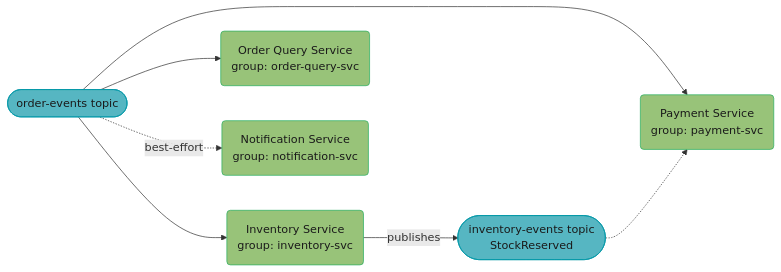
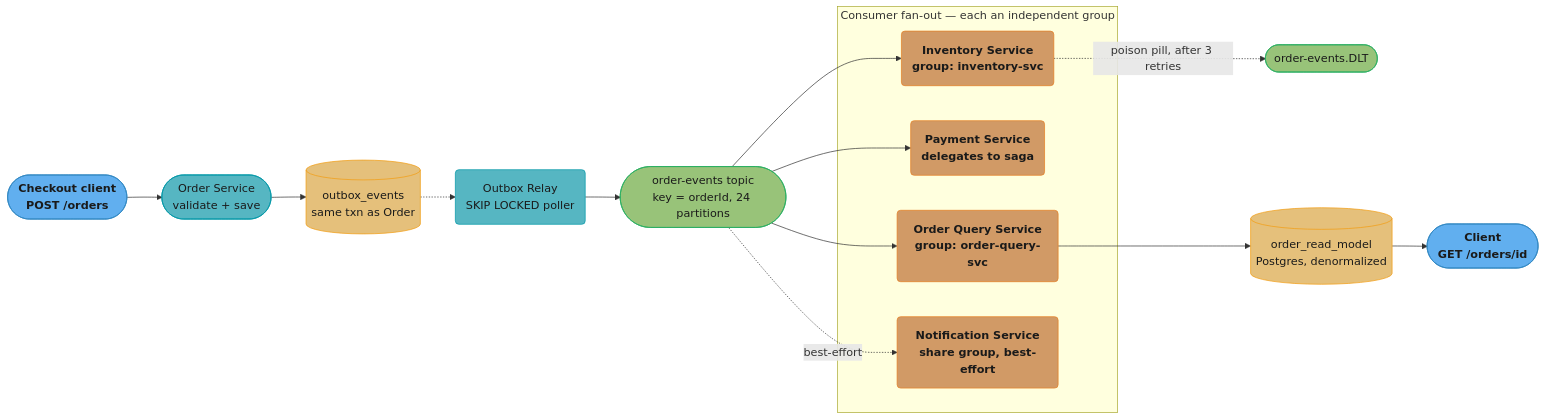
One commit to rppol/system-design changed the first of 5 diagrams in src/main/java/com/rutik/systemdesign/backend/case_studies/design_event_driven_order_system/design_event_driven_order_system.md. Above: the diagram before and after it, drawn with Mermaid. The commit also changed other lines of this file and 466 other files, not shown here.

````diff
--- a/src/main/java/com/rutik/systemdesign/backend/case_studies/design_event_driven_order_system/design_event_driven_order_system.md
+++ b/src/main/java/com/rutik/systemdesign/backend/case_studies/design_event_driven_order_system/design_event_driven_order_system.md
@@ -44,20 +178,42 @@
 ```mermaid
 flowchart LR
     classDef io      fill:#61afef,stroke:#2e86c1,color:#1a1a1a,font-weight:bold
     classDef frozen  fill:#c678dd,stroke:#9b59b6,color:#fff
     classDef train   fill:#98c379,stroke:#27ae60,color:#1a1a1a
     classDef mathOp  fill:#d19a66,stroke:#e67e22,color:#1a1a1a,font-weight:bold
     classDef lossN   fill:#e06c75,stroke:#c0392b,color:#fff,font-weight:bold
     classDef req     fill:#56b6c2,stroke:#0097a7,color:#1a1a1a
     classDef base    fill:#e5c07b,stroke:#f39c12,color:#1a1a1a
 
-    topic(["order-events topic"]) --> inv("Inventory Service<br/>group: inventory-svc")
-    topic --> pay("Payment Service<br/>group: payment-svc")
-    topic --> query("Order Query Service<br/>group: order-query-svc")
-    topic -.->|"best-effort"| notify("Notification Service<br/>group: notification-svc")
-    inv -->|"publishes"| stockTopic(["inventory-events topic<br/>StockReserved"])
-    stockTopic -.-> pay
+    CLI(["Checkout client<br/>POST /orders"])
+    API(["Order Service<br/>validate + save"])
+    OBX[("outbox_events<br/>same txn as Order")]
+    RELAY("Outbox Relay<br/>SKIP LOCKED poller")
+    TOPIC(["order-events topic<br/>key = orderId, 24 partitions"])
 
-    class topic,stockTopic req
-    class inv,pay,query,notify train
+    subgraph CONS["Consumer fan-out — each an independent group"]
+        INV("Inventory Service<br/>group: inventory-svc")
+        PAY("Payment Service<br/>delegates to saga")
+        QRY("Order Query Service<br/>group: order-query-svc")
+        NOTIF("Notification Service<br/>share group, best-effort")
+    end
+
+    DLT(["order-events.DLT"])
+    RMODEL[("order_read_model<br/>Postgres, denormalized")]
+    GET(["Client<br/>GET /orders/id"])
+
+    CLI --> API --> OBX
+    OBX -.-> RELAY --> TOPIC
+    TOPIC --> INV
+    TOPIC --> PAY
+    TOPIC --> QRY
+    TOPIC -.->|"best-effort"| NOTIF
+    INV -.->|"poison pill, after 3 retries"| DLT
+    QRY --> RMODEL --> GET
+
+    class CLI,GET io
+    class API,RELAY req
+    class OBX,RMODEL base
+    class TOPIC,DLT train
+    class INV,PAY,QRY,NOTIF mathOp
 ```
````
